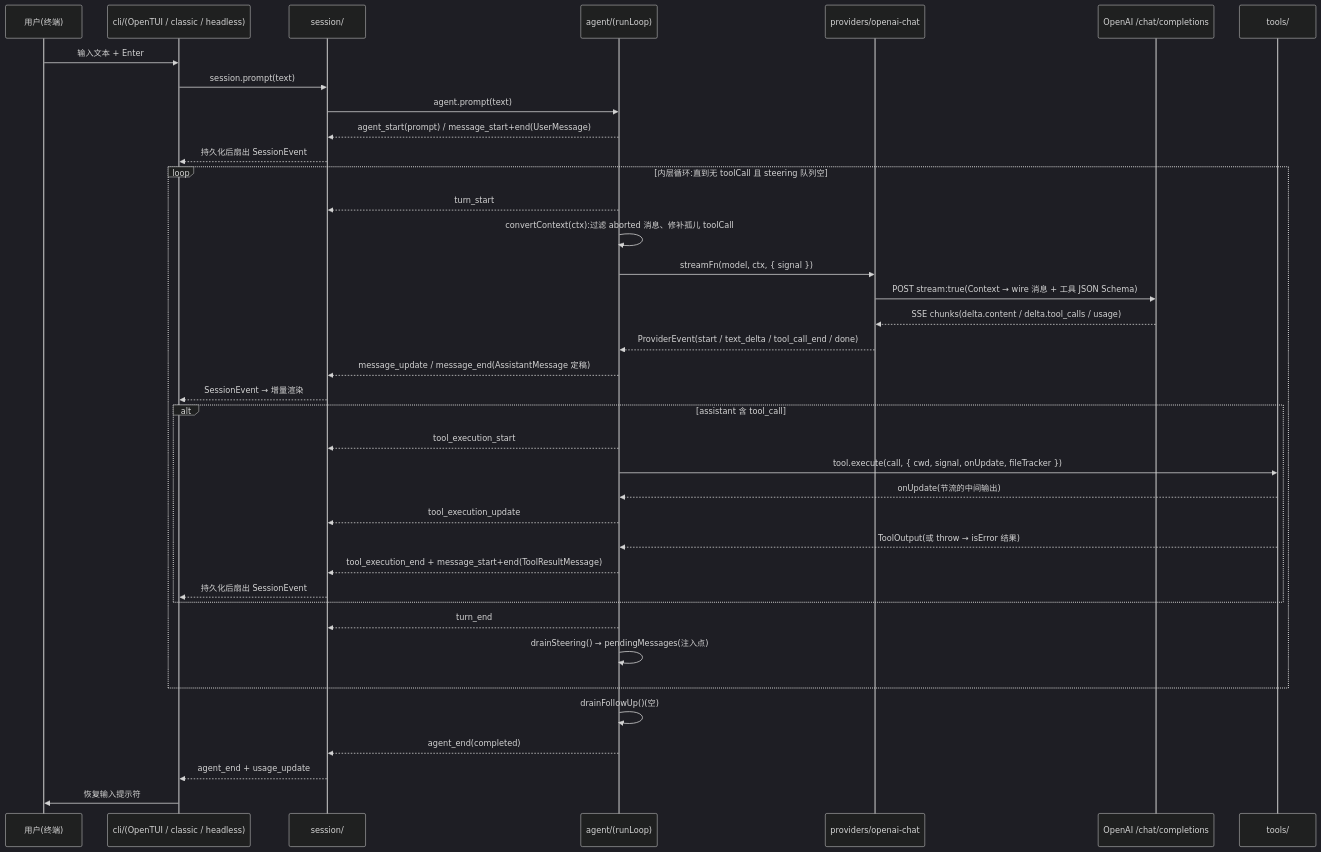
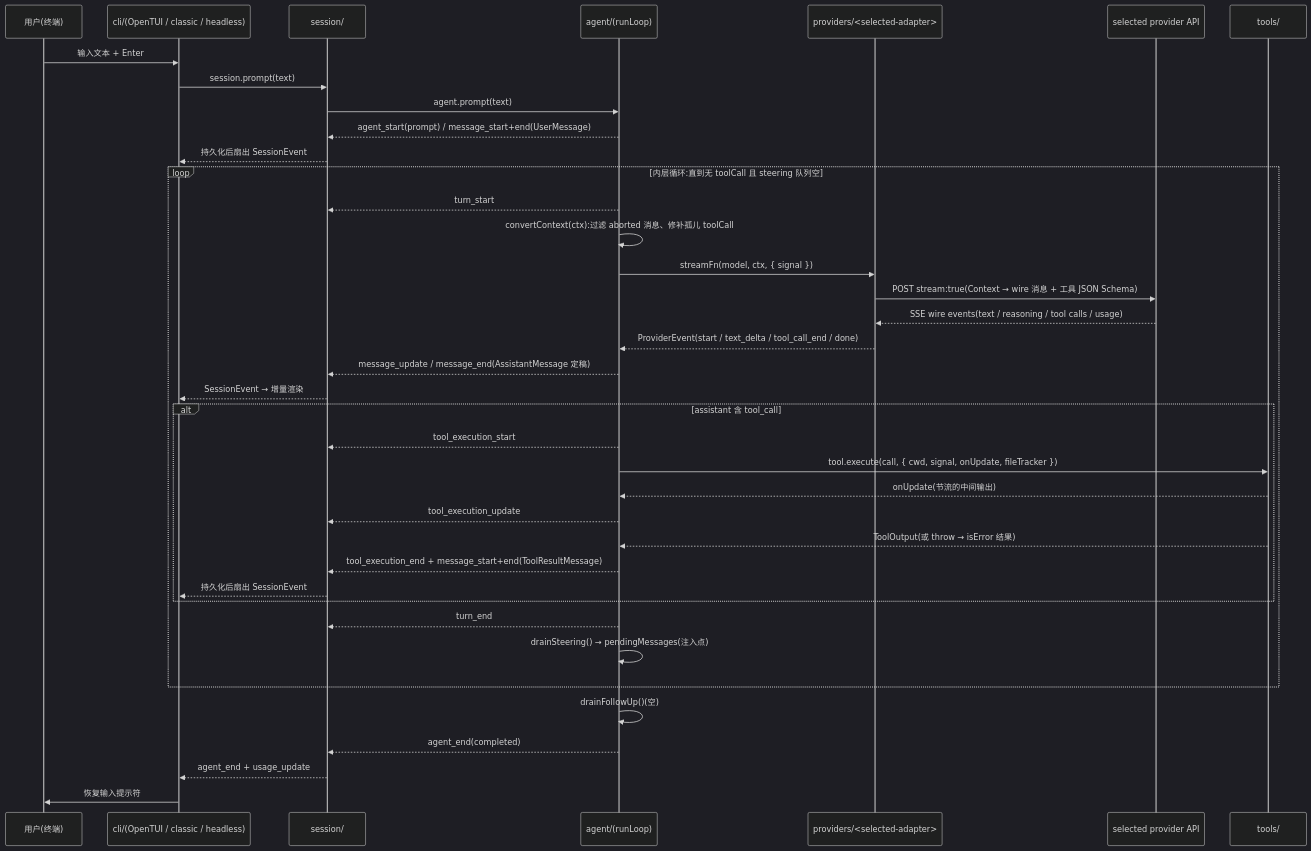
One commit to rita152/coda changed the third of 3 diagrams in docs/02-architecture.md. Above: the diagram before and after it, drawn with Mermaid (dark theme). The commit also changed other lines of this file and 32 other files, not shown here.

First line of the commit message:
Add the OpenAI Responses adapter

````diff
--- a/docs/02-architecture.md
+++ b/docs/02-architecture.md
@@ -236,41 +246,41 @@
 ```mermaid
 sequenceDiagram
   participant U as 用户(终端)
   participant CLI as cli/(OpenTUI / classic / headless)
   participant S as session/
   participant AG as agent/(runLoop)
-  participant AD as providers/openai-chat
-  participant API as OpenAI /chat/completions
+  participant AD as providers/<selected-adapter>
+  participant API as selected provider API
   participant T as tools/
 
   U->>CLI: 输入文本 + Enter
   CLI->>S: session.prompt(text)
   S->>AG: agent.prompt(text)
   AG-->>S: agent_start(prompt) / message_start+end(UserMessage)
   S-->>CLI: 持久化后扇出 SessionEvent
   loop 内层循环:直到无 toolCall 且 steering 队列空
     AG-->>S: turn_start
     AG->>AG: convertContext(ctx):过滤 aborted 消息、修补孤儿 toolCall
     AG->>AD: streamFn(model, ctx, { signal })
     AD->>API: POST stream:true(Context → wire 消息 + 工具 JSON Schema)
-    API-->>AD: SSE chunks(delta.content / delta.tool_calls / usage)
+    API-->>AD: SSE wire events(text / reasoning / tool calls / usage)
     AD-->>AG: ProviderEvent(start / text_delta / tool_call_end / done)
     AG-->>S: message_update / message_end(AssistantMessage 定稿)
     S-->>CLI: SessionEvent → 增量渲染
     alt assistant 含 tool_call
       AG-->>S: tool_execution_start
       AG->>T: tool.execute(call, { cwd, signal, onUpdate, fileTracker })
       T-->>AG: onUpdate(节流的中间输出)
       AG-->>S: tool_execution_update
       T-->>AG: ToolOutput(或 throw → isError 结果)
       AG-->>S: tool_execution_end + message_start+end(ToolResultMessage)
       S-->>CLI: 持久化后扇出 SessionEvent
     end
     AG-->>S: turn_end
     AG->>AG: drainSteering() → pendingMessages(注入点)
   end
   AG->>AG: drainFollowUp()(空)
   AG-->>S: agent_end(completed)
   S-->>CLI: agent_end + usage_update
   CLI->>U: 恢复输入提示符
 ```
````
